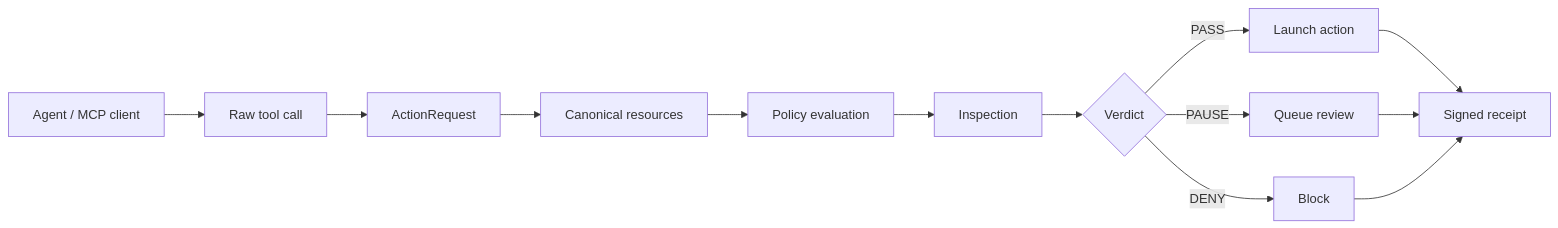
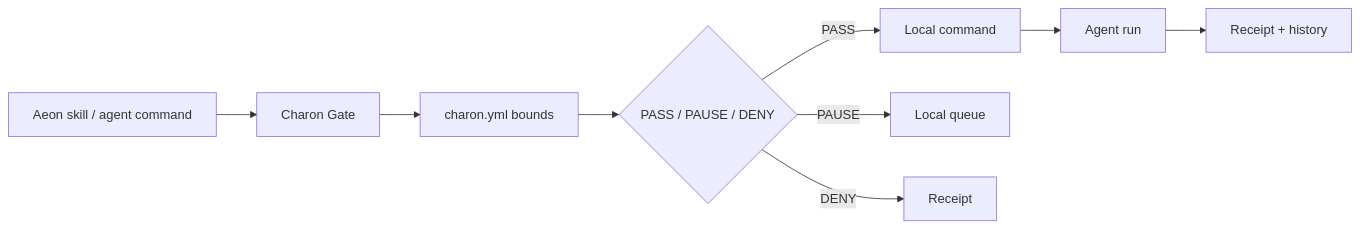
The diagram in README.md (CharonAI-code/charon), drawn with Mermaid before and after one commit. The commit also changed other lines of this file and 32 other files, not shown here.

````diff
--- a/README.md
+++ b/README.md
@@ -21,15 +24,11 @@
 ```mermaid
 flowchart LR
-  A["Agent / MCP client"] --> B["Raw tool call"]
-  B --> C["ActionRequest"]
-  C --> D["Canonical resources"]
-  D --> E["Policy evaluation"]
-  E --> F["Inspection"]
-  F --> G{"Verdict"}
-  G -->|PASS| H["Launch action"]
-  G -->|PAUSE| I["Queue review"]
-  G -->|DENY| J["Block"]
-  H --> K["Signed receipt"]
-  I --> K
-  J --> K
+  A["Aeon skill / agent command"] --> B["Charon Gate"]
+  B --> C["charon.yml bounds"]
+  C --> D{"PASS / PAUSE / DENY"}
+  D -->|PASS| E["Local command"]
+  D -->|PAUSE| F["Local queue"]
+  D -->|DENY| G["Receipt"]
+  E --> H["Agent run"]
+  H --> I["Receipt + history"]
 ```
````
